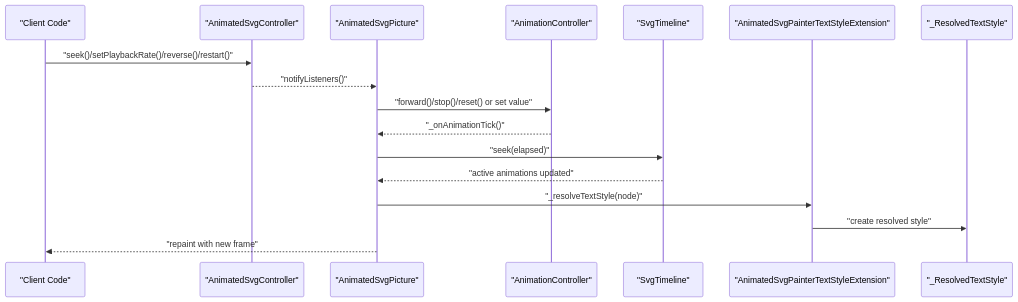
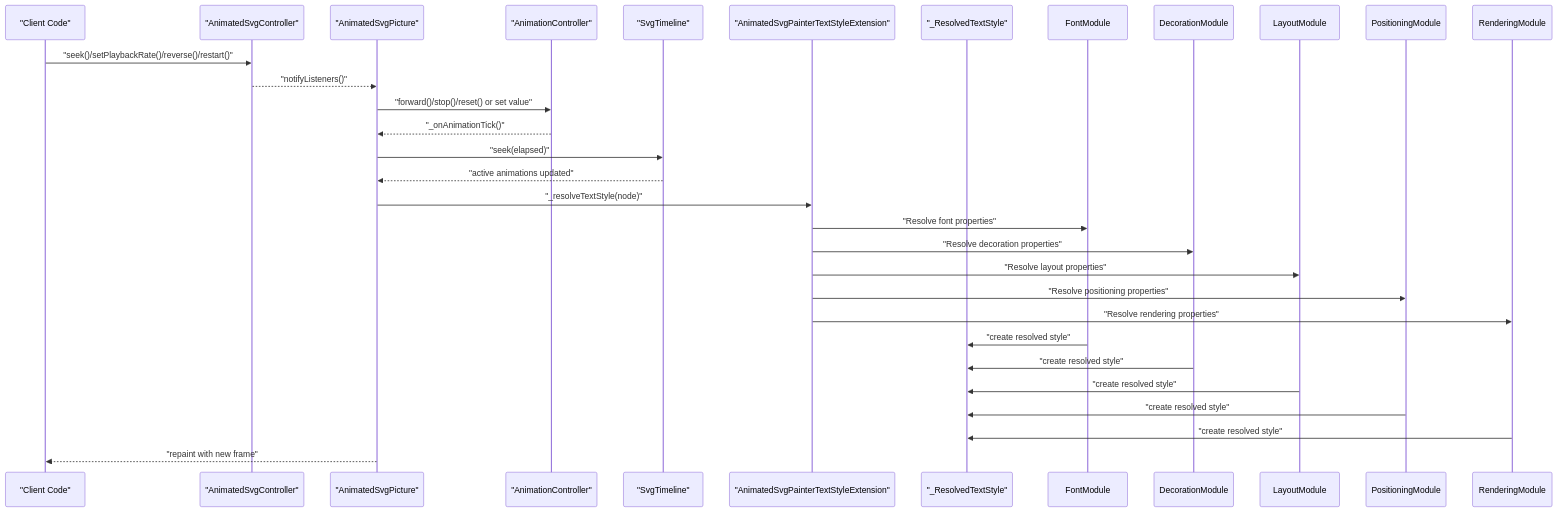
Before and after one commit to denisnadey/flutter_full_svg_support: the second of 4 diagrams in .qoder/repowiki/en/content/API Reference/Animation APIs.md, drawn with Mermaid. The commit also changed other lines of this file and 18 other files, not shown here.

````diff
--- a/.qoder/repowiki/en/content/API Reference/Animation APIs.md
+++ b/.qoder/repowiki/en/content/API Reference/Animation APIs.md
@@ -106,19 +127,28 @@
 ```mermaid
 sequenceDiagram
 participant Client as "Client Code"
 participant Controller as "AnimatedSvgController"
 participant Picture as "AnimatedSvgPicture"
 participant AC as "AnimationController"
 participant TL as "SvgTimeline"
 participant TextStyleExt as "AnimatedSvgPainterTextStyleExtension"
 participant ResolvedStyle as "_ResolvedTextStyle"
 Client->>Controller : "seek()/setPlaybackRate()/reverse()/restart()"
 Controller-->>Picture : "notifyListeners()"
 Picture->>AC : "forward()/stop()/reset() or set value"
 AC-->>Picture : "_onAnimationTick()"
 Picture->>TL : "seek(elapsed)"
 TL-->>Picture : "active animations updated"
 Picture->>TextStyleExt : "_resolveTextStyle(node)"
-TextStyleExt->>ResolvedStyle : "create resolved style"
+TextStyleExt->>FontModule : "Resolve font properties"
+TextStyleExt->>DecorationModule : "Resolve decoration properties"
+TextStyleExt->>LayoutModule : "Resolve layout properties"
+TextStyleExt->>PositioningModule : "Resolve positioning properties"
+TextStyleExt->>RenderingModule : "Resolve rendering properties"
+FontModule->>ResolvedStyle : "create resolved style"
+DecorationModule->>ResolvedStyle : "create resolved style"
+LayoutModule->>ResolvedStyle : "create resolved style"
+PositioningModule->>ResolvedStyle : "create resolved style"
+RenderingModule->>ResolvedStyle : "create resolved style"
 Picture-->>Client : "repaint with new frame"
 ```
````
